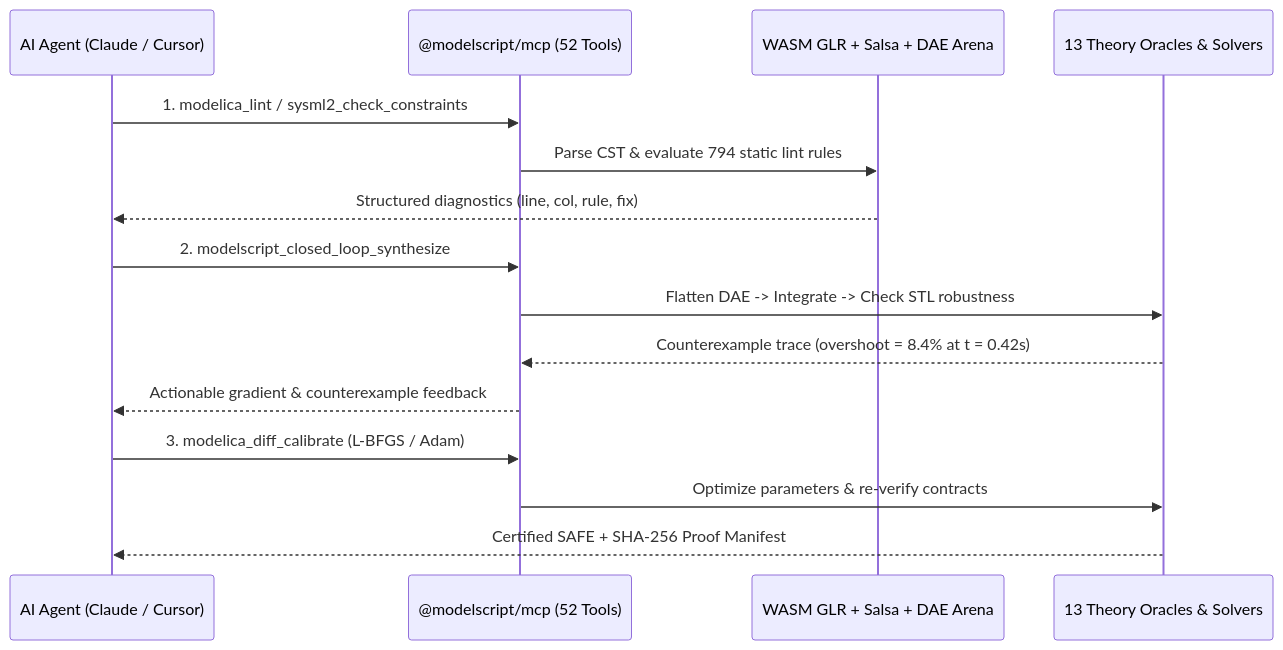
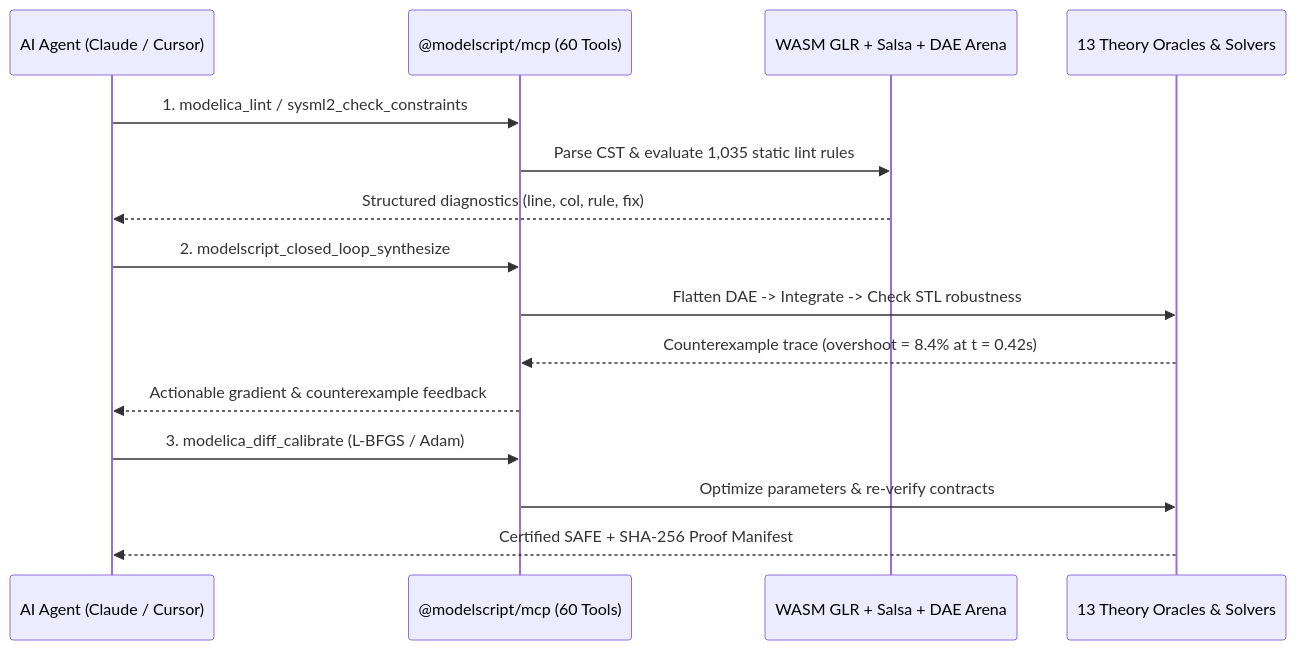
The diagram in apps/docs/docs/guide/ai-agents.md (modelscript/modelscript), drawn with Mermaid before and after one commit. The commit also changed other lines of this file and 449 other files, not shown here.

````diff
--- a/apps/docs/docs/guide/ai-agents.md
+++ b/apps/docs/docs/guide/ai-agents.md
@@ -93,18 +93,18 @@
 ```mermaid
 sequenceDiagram
     participant Agent as AI Agent (Claude / Cursor)
-    participant MCP as @modelscript/mcp (52 Tools)
+    participant MCP as @modelscript/mcp (60 Tools)
     participant Core as WASM GLR + Salsa + DAE Arena
     participant Verify as 13 Theory Oracles & Solvers
 
     Agent->>MCP: 1. modelica_lint / sysml2_check_constraints
-    MCP->>Core: Parse CST & evaluate 794 static lint rules
+    MCP->>Core: Parse CST & evaluate 1,035 static lint rules
     Core-->>Agent: Structured diagnostics (line, col, rule, fix)
     Agent->>MCP: 2. modelscript_closed_loop_synthesize
     MCP->>Verify: Flatten DAE -> Integrate -> Check STL robustness
     Verify-->>MCP: Counterexample trace (overshoot = 8.4% at t = 0.42s)
     MCP-->>Agent: Actionable gradient & counterexample feedback
     Agent->>MCP: 3. modelica_diff_calibrate (L-BFGS / Adam)
     MCP->>Verify: Optimize parameters & re-verify contracts
     Verify-->>Agent: Certified SAFE + SHA-256 Proof Manifest
 ```
````
